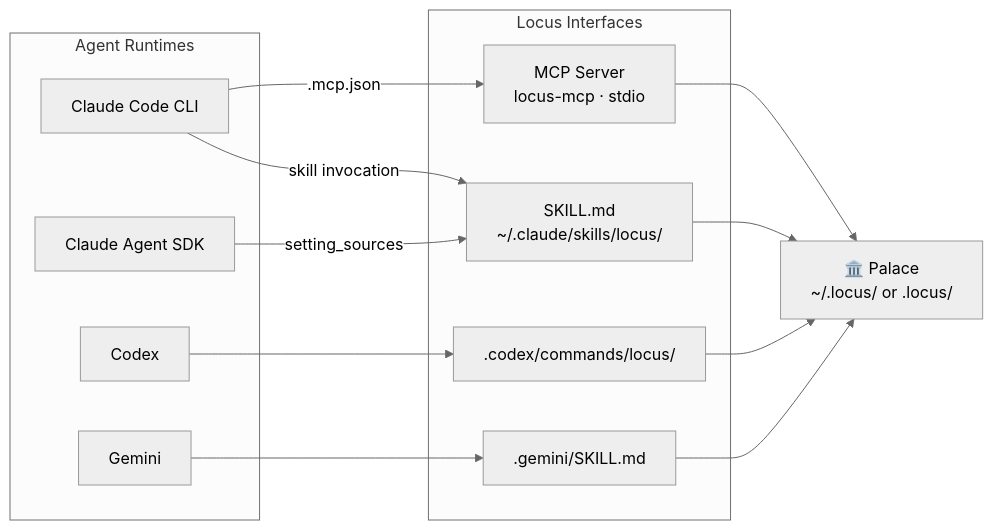
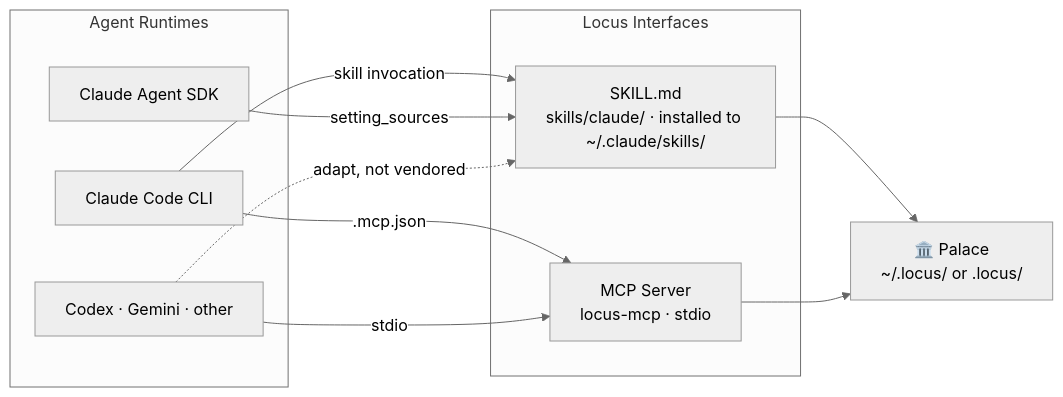
Before and after one commit to Nano-Nimbus/locus: the fourth of 5 diagrams in docs/architecture.md, drawn with Mermaid (neutral theme). The commit also changed other lines of this file and 6 other files, not shown here.

````diff
--- a/docs/architecture.md
+++ b/docs/architecture.md
@@ -134,29 +138,24 @@
 ```mermaid
 flowchart LR
     subgraph RUNTIMES["Agent Runtimes"]
         CC["Claude Code CLI"]
         SDK["Claude Agent SDK"]
-        CX["Codex"]
-        GM["Gemini"]
+        OTHER["Codex · Gemini · other"]
     end
 
     subgraph INTERFACES["Locus Interfaces"]
-        SKILL["SKILL.md<br/>~/.claude/skills/locus/"]
+        SKILL["SKILL.md<br/>skills/claude/ · installed to ~/.claude/skills/"]
         MCP["MCP Server<br/>locus-mcp · stdio"]
-        CSKILL[".codex/commands/locus/"]
-        GSKILL[".gemini/SKILL.md"]
     end
 
     PALACE["🏛️  Palace<br/>~/.locus/ or .locus/"]
 
     CC -->|"skill invocation"| SKILL
     SDK -->|"setting_sources"| SKILL
     CC -->|".mcp.json"| MCP
-    CX --> CSKILL
-    GM --> GSKILL
+    OTHER -->|"stdio"| MCP
+    OTHER -.->|"adapt, not vendored"| SKILL
 
     SKILL --> PALACE
     MCP --> PALACE
-    CSKILL --> PALACE
-    GSKILL --> PALACE
 ```
````
